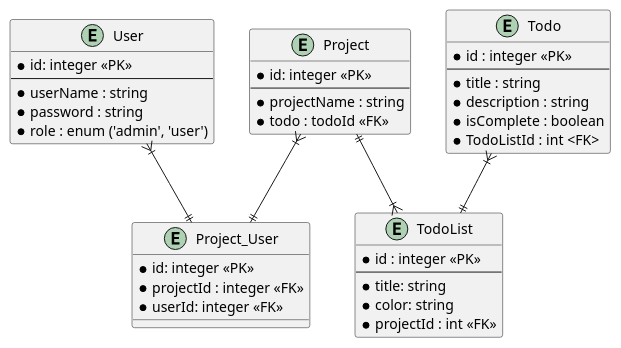
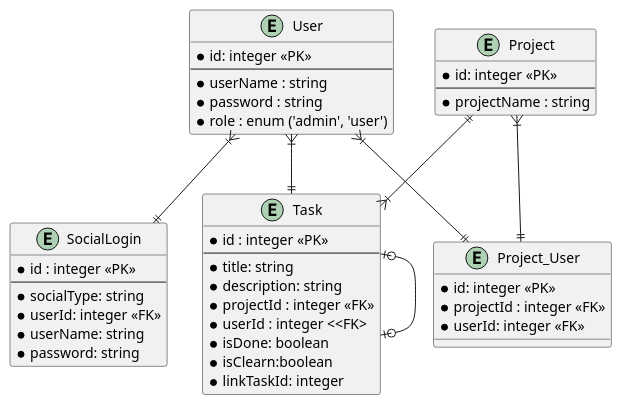
Before and after one commit to quangvinhln2008/loopback-todolist: the diagram in ERD Diagram/TodoList.puml, drawn with PlantUML.

Commit message:
update ERD diagram

```diff
--- a/ERD Diagram/TodoList.puml
+++ b/ERD Diagram/TodoList.puml
@@ -1,45 +1,50 @@
 @startuml TodoList
    entity User {
       * id: integer <<PK>>
       --
       * userName : string
       * password : string
       * role : enum ('admin', 'user')
    }
 
+   entity SocialLogin {
+      * id : integer <<PK>>
+      --
+      * socialType: string
+      * userId: integer <<FK>>
+      * userName: string
+      * password: string
+   }
+
    entity Project {
       * id: integer <<PK>>
       --
       * projectName : string
-      * todo : todoId <<FK>>
    }
 
    entity Project_User {
       * id: integer <<PK>>
       * projectId : integer <<FK>>
       * userId: integer <<FK>>
    }
 
-   entity TodoList {
+   entity Task {
       * id : integer <<PK>>
       --
       * title: string
-      * color: string
-      * projectId : int <<FK>>
+      * description: string
+      * projectId : integer <<FK>>
+      * userId : integer <<FK>
+      * isDone: boolean
+      * isClearn:boolean
+      * linkTaskId: integer
    }
 
-   entity Todo {
-      * id : integer <<PK>>
-      --
-      * title : string
-      * description : string
-      * isComplete : boolean
-      * TodoListId : int <FK>
-   }
-
-   Project ||--|{ TodoList
-   Todo }|--|| TodoList
+   Project ||--|{ Task
    Project }|--|| Project_User
    User }|--|| Project_User
+   User }|--|| Task
+   User }|--|| SocialLogin
+   Task |o--o| Task
 
 @enduml
```
